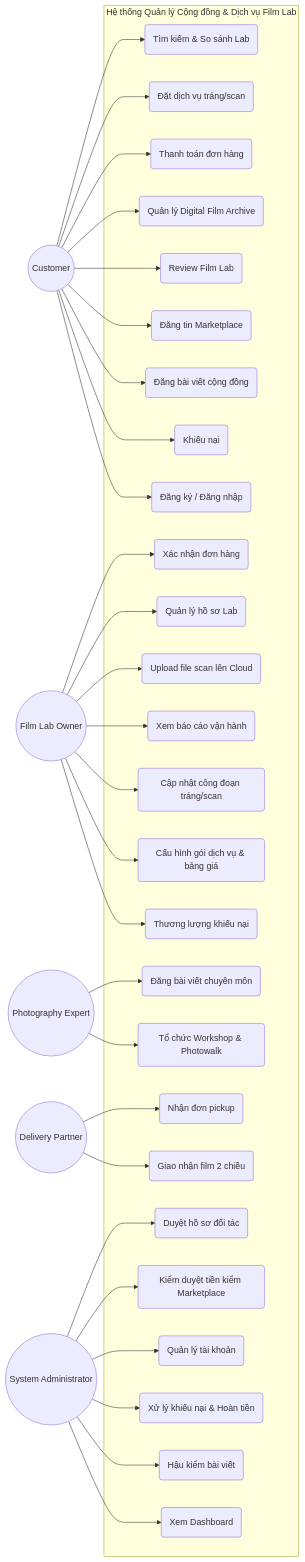
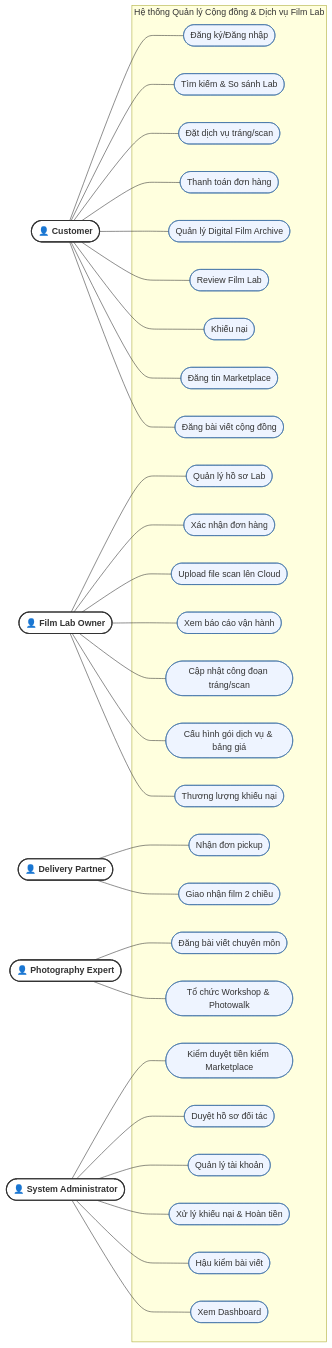
Before and after one commit to huylamnhat/Photographer-enthusiastic-environment: the first of 6 diagrams in doc/week 2/so-do-chuc-nang-nghiep-vu.md, drawn with Mermaid. The commit also changed other lines of this file, not shown here.

````diff
--- a/doc/week 2/so-do-chuc-nang-nghiep-vu.md
+++ b/doc/week 2/so-do-chuc-nang-nghiep-vu.md
@@ -7,72 +8,51 @@
 ```mermaid
-graph LR
-    Customer((Customer))
-    Lab((Film Lab Owner))
-    Expert((Photography Expert))
-    Shipper((Delivery Partner))
-    Admin((System Administrator))
+flowchart LR
+    classDef actor fill:#fff,stroke:#333,stroke-width:2px,font-weight:bold
+    classDef uc fill:#eef4ff,stroke:#3b6ea5
 
-    subgraph System ["Hệ thống Quản lý Cộng đồng & Dịch vụ Film Lab"]
-        UC1(Tìm kiếm & So sánh Lab)
-        UC2(Đặt dịch vụ tráng/scan)
-        UC3(Thanh toán đơn hàng)
-        UC4(Quản lý Digital Film Archive)
-        UC5(Review Film Lab)
-        UC6(Đăng tin Marketplace)
-        UC7(Đăng bài viết cộng đồng)
-        UC8(Khiếu nại)
-        UC9(Đăng ký / Đăng nhập)
-        
-        UC10(Xác nhận đơn hàng)
-        UC11(Quản lý hồ sơ Lab)
-        UC12(Upload file scan lên Cloud)
-        UC13(Xem báo cáo vận hành)
-        UC14(Cập nhật công đoạn tráng/scan)
-        UC15(Cấu hình gói dịch vụ & bảng giá)
-        UC16(Thương lượng khiếu nại)
+    CUS(["👤 Customer"]):::actor
+    EXP(["👤 Photography Expert"]):::actor
+    LAB(["👤 Film Lab Owner"]):::actor
+    DEL(["👤 Delivery Partner"]):::actor
+    ADM(["👤 System Administrator"]):::actor
 
-        UC17(Đăng bài viết chuyên môn)
-        UC18(Tổ chức Workshop & Photowalk)
-
-        UC19(Nhận đơn pickup)
-        UC20(Giao nhận film 2 chiều)
-
-        UC21(Duyệt hồ sơ đối tác)
-        UC22(Kiểm duyệt tiền kiểm Marketplace)
-        UC23(Quản lý tài khoản)
-        UC24(Xử lý khiếu nại & Hoàn tiền)
-        UC25(Hậu kiểm bài viết)
-        UC26(Xem Dashboard)
+    subgraph SYS["Hệ thống Quản lý Cộng đồng & Dịch vụ Film Lab"]
+        %% Customer
+        C1(["Đăng ký/Đăng nhập"]):::uc
+        C2(["Tìm kiếm & So sánh Lab"]):::uc
+        C3(["Đặt dịch vụ tráng/scan"]):::uc
+        C4(["Thanh toán đơn hàng"]):::uc
+        C5(["Quản lý Digital Film Archive"]):::uc
+        C6(["Review Film Lab"]):::uc
+        C7(["Khiếu nại"]):::uc
+        C8(["Đăng tin Marketplace"]):::uc
+        C9(["Đăng bài viết cộng đồng"]):::uc
+        %% Film Lab Owner
+        L1(["Quản lý hồ sơ Lab"]):::uc
+        L2(["Xác nhận đơn hàng"]):::uc
+        L3(["Upload file scan lên Cloud"]):::uc
+        L4(["Xem báo cáo vận hành"]):::uc
+        L5(["Cập nhật công đoạn tráng/scan"]):::uc
+        L6(["Cấu hình gói dịch vụ & bảng giá"]):::uc
+        L7(["Thương lượng khiếu nại"]):::uc
+        %% Delivery Partner
+        D1(["Nhận đơn pickup"]):::uc
+        D2(["Giao nhận film 2 chiều"]):::uc
+        %% Photography Expert
+        E1(["Đăng bài viết chuyên môn"]):::uc
+        E2(["Tổ chức Workshop & Photowalk"]):::uc
+        %% System Administrator
+        A1(["Kiểm duyệt tiền kiểm Marketplace"]):::uc
+        A2(["Duyệt hồ sơ đối tác"]):::uc
+        A3(["Quản lý tài khoản"]):::uc
+        A4(["Xử lý khiếu nại & Hoàn tiền"]):::uc
+        A5(["Hậu kiểm bài viết"]):::uc
+        A6(["Xem Dashboard"]):::uc
     end
 
-    Customer --> UC1
-    Customer --> UC2
-    Customer --> UC3
-    Customer --> UC4
-    Customer --> UC5
-    Customer --> UC6
-    Customer --> UC7
-    Customer --> UC8
-    Customer --> UC9
-
-    Lab --> UC10
-    Lab --> UC11
-    Lab --> UC12
-    Lab --> UC13
-    Lab --> UC14
-    Lab --> UC15
-    Lab --> UC16
-
-    Expert --> UC17
-    Expert --> UC18
-
-    Shipper --> UC19
-    Shipper --> UC20
-
-    Admin --> UC21
-    Admin --> UC22
-    Admin --> UC23
-    Admin --> UC24
-    Admin --> UC25
-    Admin --> UC26
+    CUS --- C1 & C2 & C3 & C4 & C5 & C6 & C7 & C8 & C9
+    LAB --- L1 & L2 & L3 & L4 & L5 & L6 & L7
+    DEL --- D1 & D2
+    EXP --- E1 & E2
+    ADM --- A1 & A2 & A3 & A4 & A5 & A6
 ```
````
